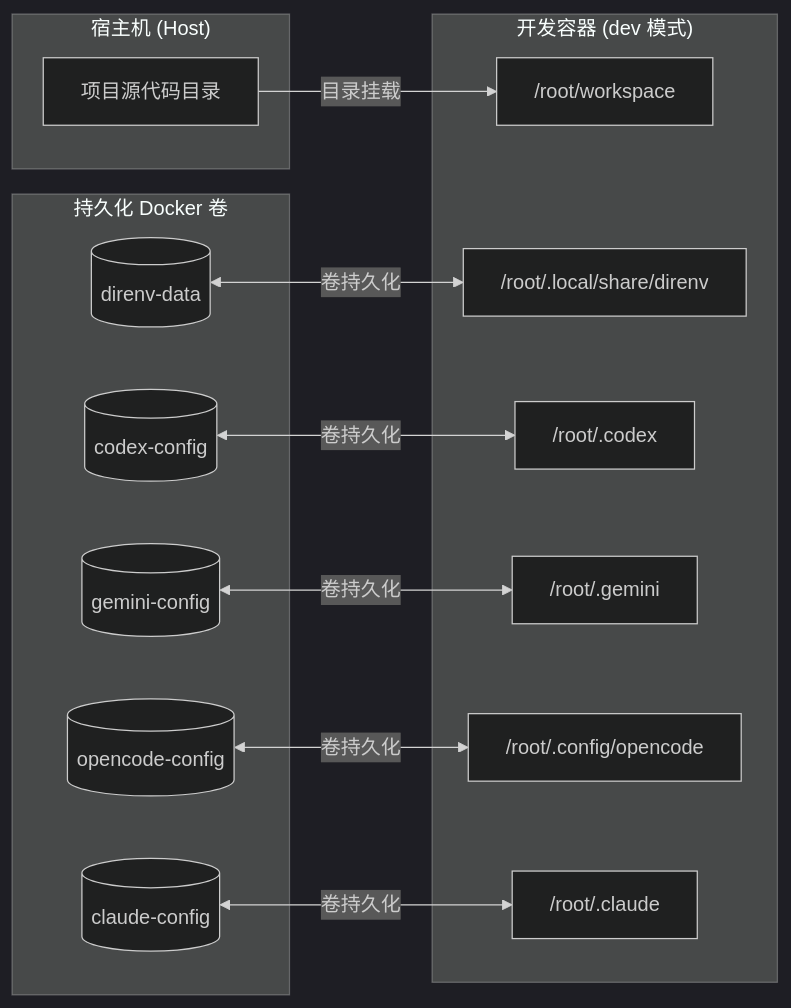
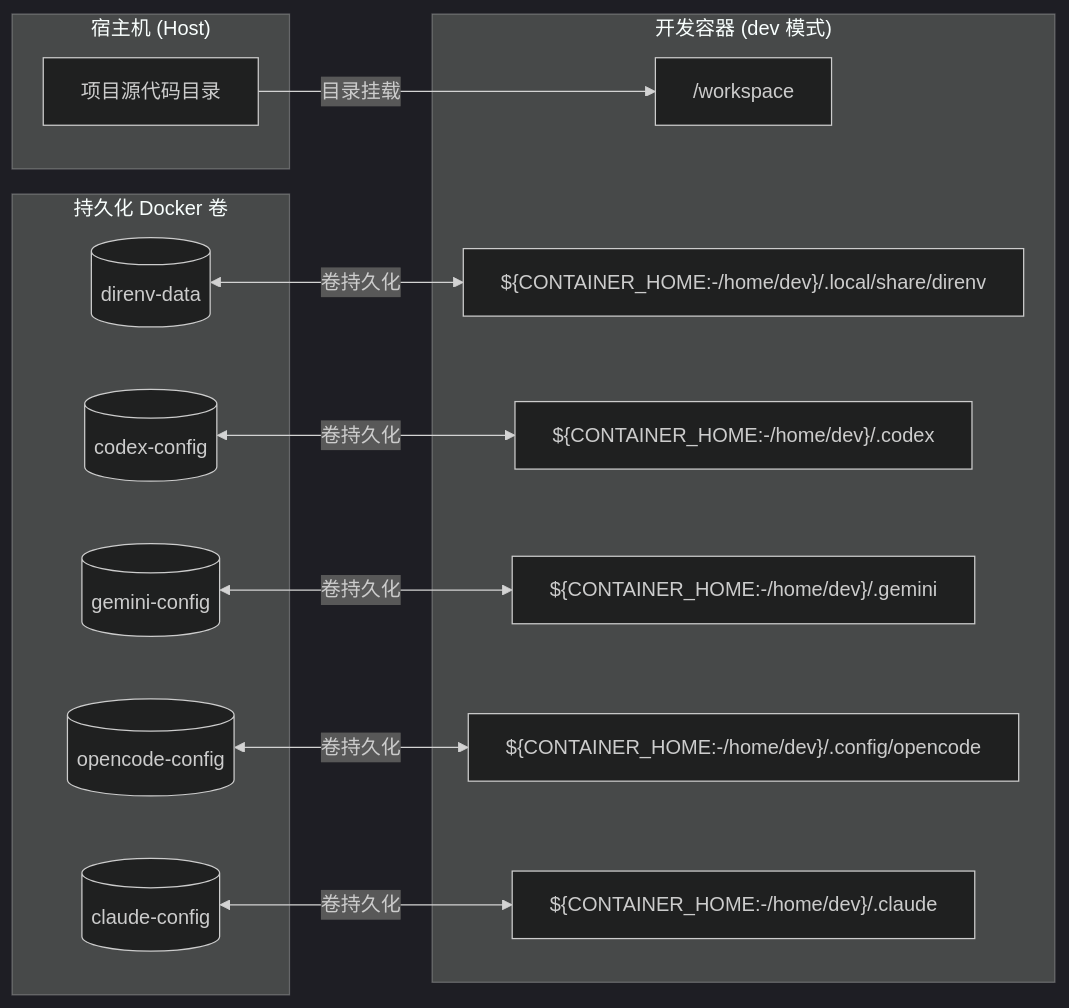
One commit to shaogme/coding-images changed the fourth of 5 diagrams in README.md. Above: the diagram before and after it, drawn with Mermaid (dark theme). The commit also changed other lines of this file and 16 other files, not shown here.

````diff
--- a/README.md
+++ b/README.md
@@ -247,30 +243,30 @@
 ```mermaid
 flowchart LR
     subgraph Host["宿主机 (Host)"]
         Code["项目源代码目录"]
     end
 
     subgraph Volumes["持久化 Docker 卷"]
         V0[("direnv-data")]
         V1[("codex-config")]
         V2[("gemini-config")]
         V3[("opencode-config")]
         V4[("claude-config")]
     end
 
     subgraph DevContainer["开发容器 (dev 模式)"]
-        WS["/root/workspace"]
-        P0["/root/.local/share/direnv"]
-        P1["/root/.codex"]
-        P2["/root/.gemini"]
-        P3["/root/.config/opencode"]
-        P4["/root/.claude"]
+        WS["/workspace"]
+        P0["${CONTAINER_HOME:-/home/dev}/.local/share/direnv"]
+        P1["${CONTAINER_HOME:-/home/dev}/.codex"]
+        P2["${CONTAINER_HOME:-/home/dev}/.gemini"]
+        P3["${CONTAINER_HOME:-/home/dev}/.config/opencode"]
+        P4["${CONTAINER_HOME:-/home/dev}/.claude"]
     end
 
     Code -->|目录挂载| WS
     V0 <-->|卷持久化| P0
     V1 <-->|卷持久化| P1
     V2 <-->|卷持久化| P2
     V3 <-->|卷持久化| P3
     V4 <-->|卷持久化| P4
 ```
````
